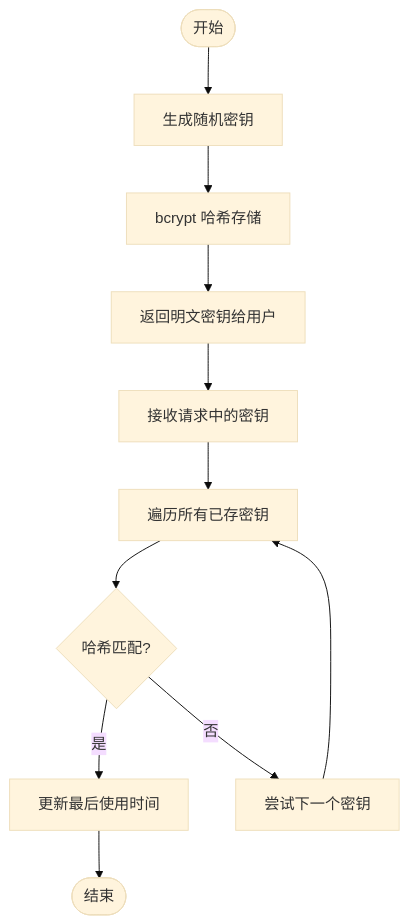
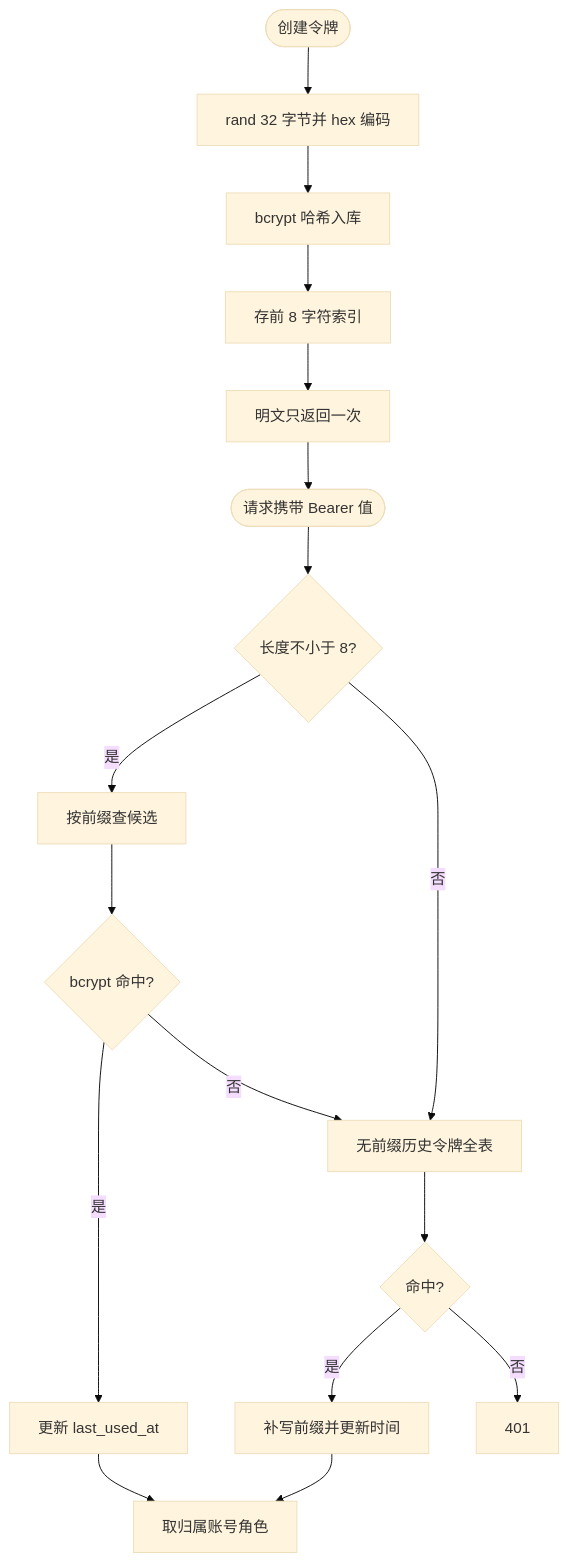
The third of 6 diagrams in docs/安全机制/安全机制.md (x01n/My-OpenWaf), drawn with Mermaid (base theme) before and after one commit. The commit also changed other lines of this file and 622 other files, not shown here.

````diff
--- a/docs/安全机制/安全机制.md
+++ b/docs/安全机制/安全机制.md
@@ -244,13 +302,19 @@
 ```mermaid
 flowchart TD
-Start(["开始"]) --> Gen["生成随机密钥"]
-Gen --> Hash["bcrypt 哈希存储"]
-Hash --> Return["返回明文密钥给用户"]
-Return --> Verify["接收请求中的密钥"]
-Verify --> Loop["遍历所有已存密钥"]
-Loop --> Compare{"哈希匹配?"}
-Compare --> |是| Update["更新最后使用时间"]
-Compare --> |否| Next["尝试下一个密钥"]
-Next --> Loop
-Update --> Done(["结束"])
+Start(["创建令牌"]) --> Gen["rand 32 字节并 hex 编码"]
+Gen --> Bcrypt["bcrypt 哈希入库"]
+Bcrypt --> Prefix["存前 8 字符索引"]
+Prefix --> Once["明文只返回一次"]
+Once --> Verify(["请求携带 Bearer 值"])
+Verify --> HasP{"长度不小于 8?"}
+HasP --> |是| ByPrefix["按前缀查候选"]
+HasP --> |否| Legacy["无前缀历史令牌全表"]
+ByPrefix --> Cmp{"bcrypt 命中?"}
+Cmp --> |是| Touch["更新 last_used_at"]
+Cmp --> |否| Legacy
+Legacy --> Cmp2{"命中?"}
+Cmp2 --> |是| Backfill["补写前缀并更新时间"]
+Cmp2 --> |否| Reject["401"]
+Touch --> Owner["取归属账号角色"]
+Backfill --> Owner
 ```
````
